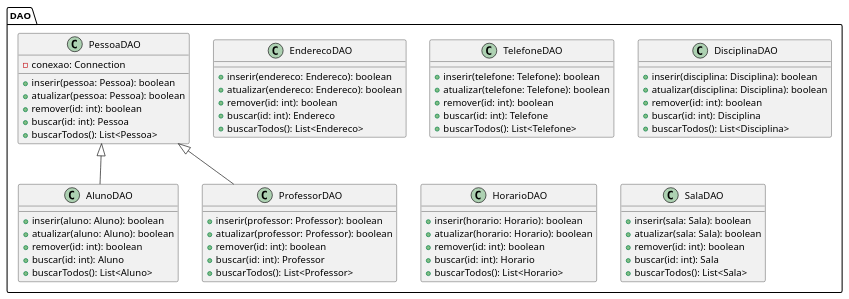
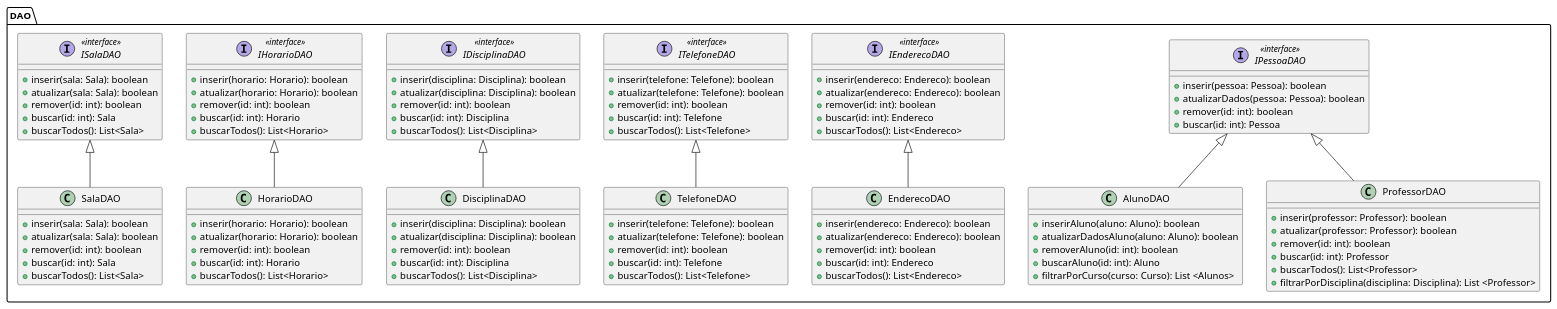
The diagram in assets/diagrama-de-classe-dao.puml (lknupp/sistema-de-gestao-academico), drawn with PlantUML before and after one commit.

Commit message:
Add interface to dao

```diff
--- a/assets/diagrama-de-classe-dao.puml
+++ b/assets/diagrama-de-classe-dao.puml
@@ -1,73 +1,111 @@
 @startuml trabalho_engenharia_dao
 
 package "DAO" {
-        class PessoaDAO {
-            - conexao: Connection
-    
+        interface IPessoaDAO << interface >>{
             + inserir(pessoa: Pessoa): boolean
-            + atualizar(pessoa: Pessoa): boolean
+            + atualizarDados(pessoa: Pessoa): boolean
             + remover(id: int): boolean
             + buscar(id: int): Pessoa
-            + buscarTodos(): List<Pessoa>
+        }
+
+        IPessoaDAO <|-- AlunoDAO
+        class AlunoDAO {
+            + inserirAluno(aluno: Aluno): boolean
+            + atualizarDadosAluno(aluno: Aluno): boolean
+            + removerAluno(id: int): boolean
+            + buscarAluno(id: int): Aluno
+            + filtrarPorCurso(curso: Curso): List <Alunos>
         }
     
-        PessoaDAO <|-- AlunoDAO
-        class AlunoDAO {
-            + inserir(aluno: Aluno): boolean
-            + atualizar(aluno: Aluno): boolean
-            + remover(id: int): boolean
-            + buscar(id: int): Aluno
-            + buscarTodos(): List<Aluno>
-        }
-    
-        PessoaDAO <|-- ProfessorDAO
+        IPessoaDAO <|-- ProfessorDAO
         class ProfessorDAO {
             + inserir(professor: Professor): boolean
             + atualizar(professor: Professor): boolean
             + remover(id: int): boolean
             + buscar(id: int): Professor
             + buscarTodos(): List<Professor>
+            + filtrarPorDisciplina(disciplina: Disciplina): List <Professor>
         }
-    
+
+        IEnderecoDAO <|-- EnderecoDAO
+        interface IEnderecoDAO <<interface>>{
+            + inserir(endereco: Endereco): boolean
+            + atualizar(endereco: Endereco): boolean
+            + remover(id: int): boolean
+            + buscar(id: int): Endereco
+            + buscarTodos(): List<Endereco>
+        }
         class EnderecoDAO {
             + inserir(endereco: Endereco): boolean
             + atualizar(endereco: Endereco): boolean
             + remover(id: int): boolean
             + buscar(id: int): Endereco
             + buscarTodos(): List<Endereco>
         }
-    
+
+        ITelefoneDAO <|-- TelefoneDAO
+        interface ITelefoneDAO <<interface>> {
+            + inserir(telefone: Telefone): boolean
+            + atualizar(telefone: Telefone): boolean
+            + remover(id: int): boolean
+            + buscar(id: int): Telefone
+            + buscarTodos(): List<Telefone>
+        }
         class TelefoneDAO {
             + inserir(telefone: Telefone): boolean
             + atualizar(telefone: Telefone): boolean
             + remover(id: int): boolean
             + buscar(id: int): Telefone
             + buscarTodos(): List<Telefone>
         }
-    
+
+        IDisciplinaDAO <|-- DisciplinaDAO
+        interface IDisciplinaDAO <<interface>> {
+            + inserir(disciplina: Disciplina): boolean
+            + atualizar(disciplina: Disciplina): boolean
+            + remover(id: int): boolean
+            + buscar(id: int): Disciplina
+            + buscarTodos(): List<Disciplina>
+        }
         class DisciplinaDAO {
             + inserir(disciplina: Disciplina): boolean
             + atualizar(disciplina: Disciplina): boolean
             + remover(id: int): boolean
             + buscar(id: int): Disciplina
             + buscarTodos(): List<Disciplina>
         }
-    
+
+        IHorarioDAO <|-- HorarioDAO
+        interface IHorarioDAO <<interface>>{
+            + inserir(horario: Horario): boolean
+            + atualizar(horario: Horario): boolean
+            + remover(id: int): boolean
+            + buscar(id: int): Horario
+            + buscarTodos(): List<Horario>
+        }
         class HorarioDAO {
             + inserir(horario: Horario): boolean
             + atualizar(horario: Horario): boolean
             + remover(id: int): boolean
             + buscar(id: int): Horario
             + buscarTodos(): List<Horario>
         }
-    
+
+        ISalaDAO <|-- SalaDAO
+        interface ISalaDAO <<interface>> {
+            + inserir(sala: Sala): boolean
+            + atualizar(sala: Sala): boolean
+            + remover(id: int): boolean
+            + buscar(id: int): Sala
+            + buscarTodos(): List<Sala>
+        }
         class SalaDAO {
             + inserir(sala: Sala): boolean
             + atualizar(sala: Sala): boolean
             + remover(id: int): boolean
             + buscar(id: int): Sala
             + buscarTodos(): List<Sala>
         }
 }
 
 @enduml
```
